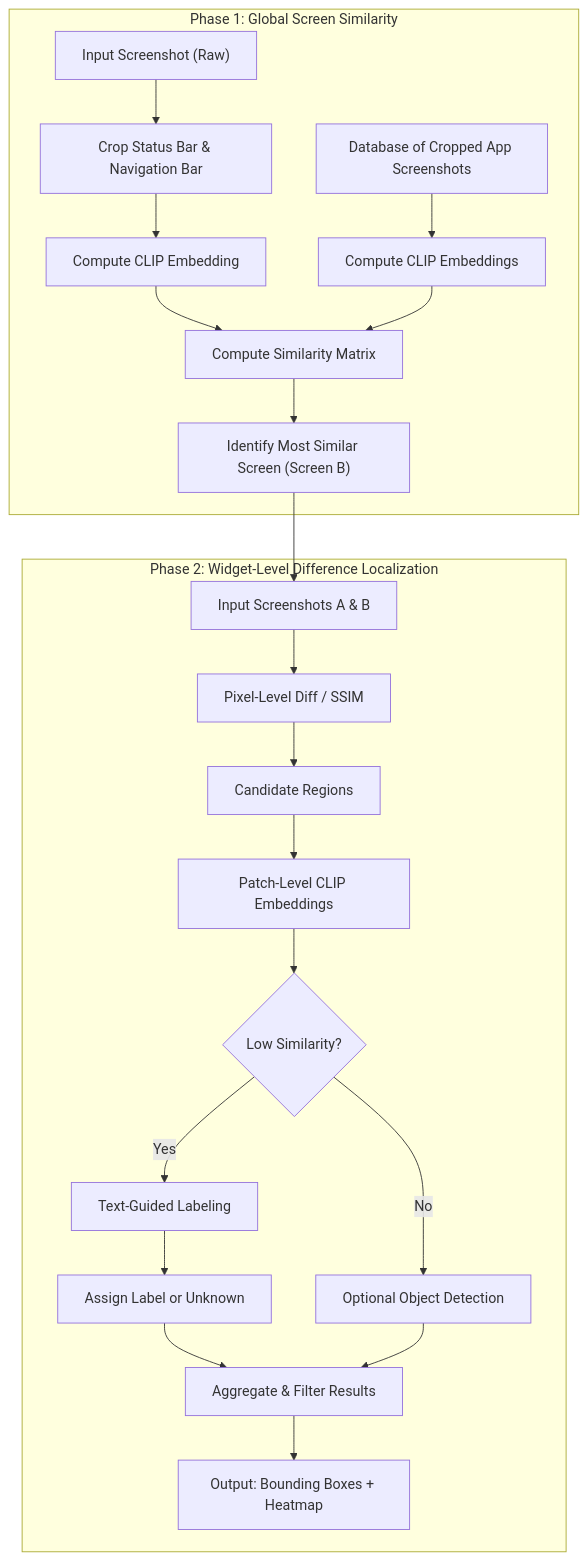
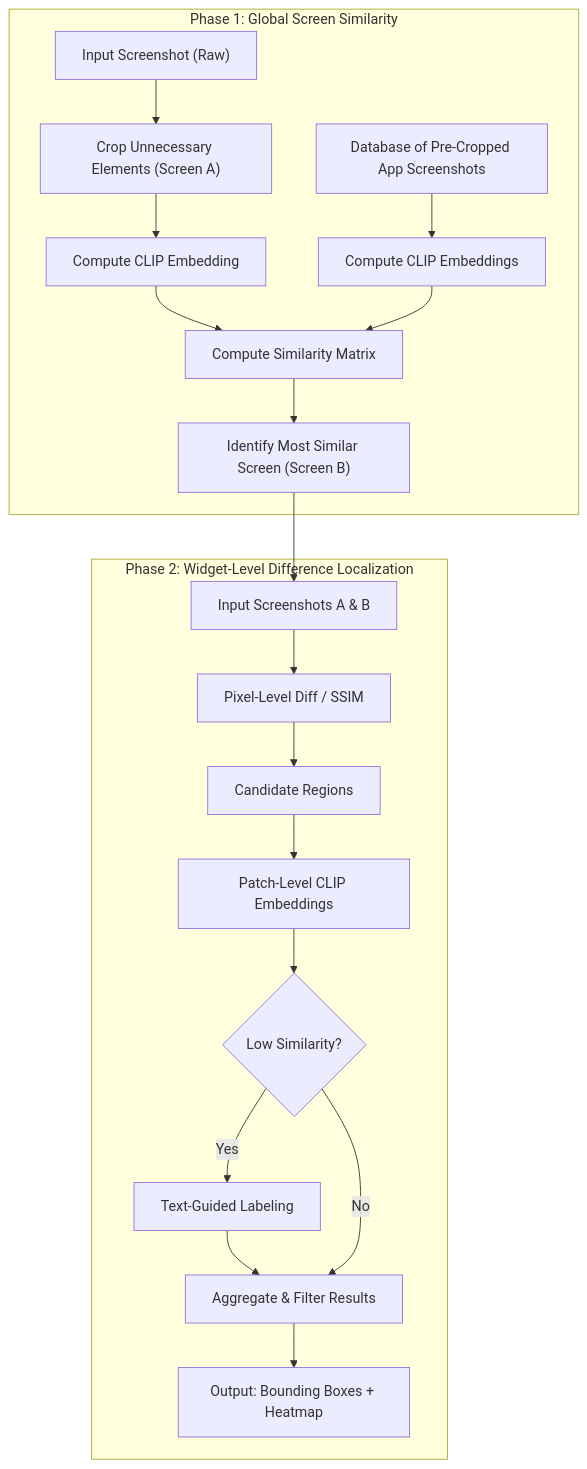
The diagram in README.md (cooperfrank/research-phase2), drawn with Mermaid before and after one commit. The commit also changed other lines of this file, not shown here.

Commit message:
Updated flow path

````diff
--- a/README.md
+++ b/README.md
@@ -12,28 +11,24 @@
 ```mermaid
 graph TD
-    %% Phase 1 Section
-    subgraph Phase1["Phase 1: Global Screen Similarity"]
-        A0["Input Screenshot (Raw)"] --> A1["Crop Status Bar & Navigation Bar"]
-        A1 --> B1["Compute CLIP Embedding"]
-        A2["Database of Cropped App Screenshots"] --> B2["Compute CLIP Embeddings"]
-        B1 --> C1["Compute Similarity Matrix"]
-        B2 --> C1
-        C1 --> D1["Identify Most Similar Screen (Screen B)"]
-    end
 
-    %% Phase 2 Section
-    subgraph Phase2["Phase 2: Widget-Level Difference Localization"]
-        D1 --> A["Input Screenshots A & B"]
-        A --> B["Pixel-Level Diff / SSIM"]
-        B --> C["Candidate Regions"]
-        C --> D["Patch-Level CLIP Embeddings"]
-        D --> E{"Low Similarity?"}
-        E -->|Yes| F["Text-Guided Labeling"]
-        F --> G["Assign Label or Unknown"]
-        E -->|No| H["Optional Object Detection"]
-        G --> I["Aggregate & Filter Results"]
-        H --> I
-        I --> J["Output: Bounding Boxes + Heatmap"]
-    end
-    
+subgraph Phase1["Phase 1: Global Screen Similarity"]
+    A0["Input Screenshot (Raw)"] --> A1["Crop Unnecessary Elements (Screen A)"]
+    A1 --> B1["Compute CLIP Embedding"]
+    A2["Database of Pre-Cropped App Screenshots"] --> B2["Compute CLIP Embeddings"]
+    B1 --> C1["Compute Similarity Matrix"]
+    B2 --> C1
+    C1 --> D1["Identify Most Similar Screen (Screen B)"]
+end
+
+subgraph Phase2["Phase 2: Widget-Level Difference Localization"]
+    D1 --> A["Input Screenshots A & B"]
+    A --> B["Pixel-Level Diff / SSIM"]
+    B --> C["Candidate Regions"]
+    C --> D["Patch-Level CLIP Embeddings"]
+    D --> E{"Low Similarity?"}
+    E -->|Yes| F["Text-Guided Labeling"]
+    F --> G["Aggregate & Filter Results"]
+    E -->|No| G
+    G --> H["Output: Bounding Boxes + Heatmap"]
+end 
 ```
````
